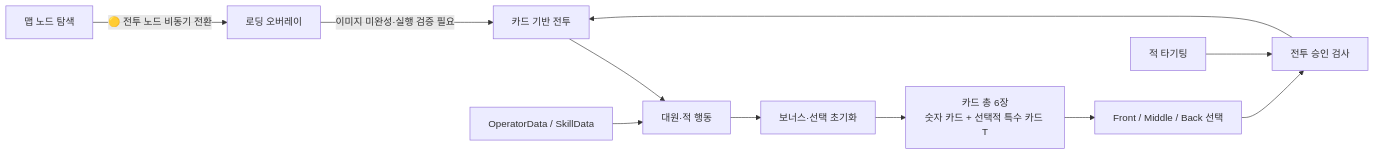
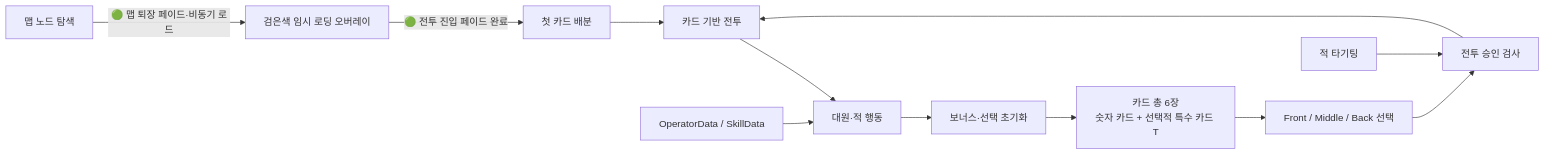
Before and after one commit to icrf-hot/Randint_Strategy_Record: the diagram in wiki/랜드인트 작전기록 대문.md, drawn with Mermaid. The commit also changed 12 other files, not shown here.

````diff
--- a/wiki/랜드인트 작전기록 대문.md
+++ b/wiki/랜드인트 작전기록 대문.md
@@ -37,13 +37,14 @@
 ```mermaid
 flowchart LR
-    Map[맵 노드 탐색] -->|🟡 전투 노드 비동기 전환| Loading[로딩 오버레이]
-    Loading -->|이미지 미완성·실행 검증 필요| Battle[카드 기반 전투]
+    Map[맵 노드 탐색] -->|🟢 맵 퇴장 페이드·비동기 로드| Loading[검은색 임시 로딩 오버레이]
+    Loading -->|🟢 전투 진입 페이드 완료| Deal[첫 카드 배분]
+    Deal --> Battle[카드 기반 전투]
     Card[카드 총 6장<br/>숫자 카드 + 선택적 특수 카드 T] --> Select[Front / Middle / Back 선택]
     Select --> Gate[전투 승인 검사]
     Target[적 타기팅] --> Gate
     Gate --> Battle
     Battle --> Actor[대원·적 행동]
     Actor --> Reset[보너스·선택 초기화]
     Reset --> Card
     Data[OperatorData / SkillData] --> Actor
 ```
````
